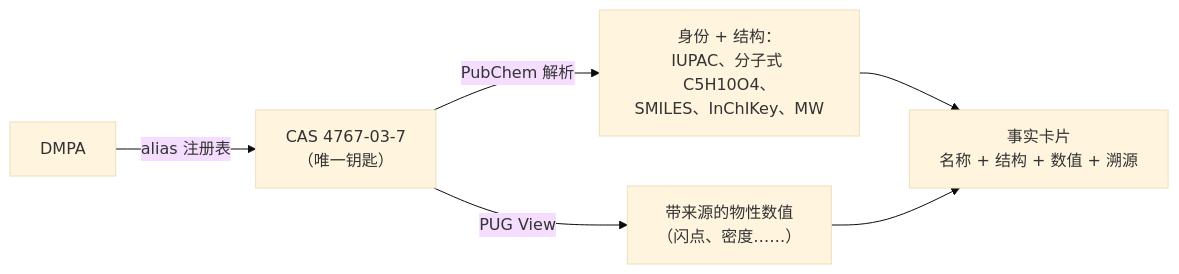
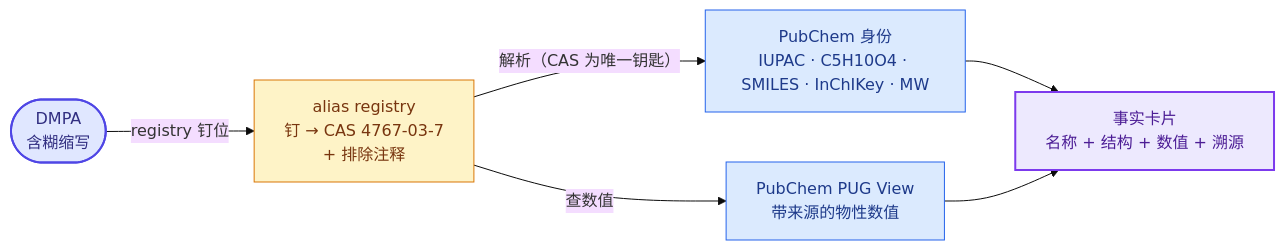
One commit to CL4Y68/chemfacts changed the second of 4 diagrams in README_zh.md. Above: the diagram before and after it, drawn with Mermaid (base theme). The commit also changed other lines of this file and 1 other file, not shown here.

First line of the commit message:
beautify README diagrams: semantic color palette + node shapes + grouping

````diff
--- a/README_zh.md
+++ b/README_zh.md
@@ -58,8 +79,24 @@
 ```mermaid
 flowchart LR
-    A["DMPA"] -->|alias 注册表| B["CAS 4767-03-7<br/>（唯一钥匙）"]
-    B -->|PubChem 解析| C["身份 + 结构：<br/>IUPAC、分子式 C5H10O4、<br/>SMILES、InChIKey、MW"]
-    B -->|PUG View| D["带来源的物性数值<br/>（闪点、密度……）"]
-    C --> E["事实卡片<br/>名称 + 结构 + 数值 + 溯源"]
+    A(["DMPA<br/>含糊缩写"]):::io
+    B["alias registry<br/>钉 → CAS 4767-03-7<br/>+ 排除注释"]:::decide
+    C["PubChem 身份<br/>IUPAC · C5H10O4 · SMILES · InChIKey · MW"]:::proc
+    D["PubChem PUG View<br/>带来源的物性数值"]:::proc
+    E["事实卡片<br/>名称 + 结构 + 数值 + 溯源"]:::card
+
+    A -- "registry 钉位" --> B
+    B -- "解析（CAS 为唯一钥匙）" --> C
+    B -- "查数值" --> D
+    C --> E
     D --> E
+    classDef io      fill:#e0e7ff,stroke:#4f46e5,stroke-width:2px,color:#312e81
+    classDef proc    fill:#dbeafe,stroke:#2563eb,color:#1e3a8a
+    classDef decide  fill:#fef3c7,stroke:#d97706,color:#78350f
+    classDef store   fill:#d1fae5,stroke:#059669,color:#064e3b
+    classDef ok      fill:#bbf7d0,stroke:#16a34a,stroke-width:2px,color:#14532d
+    classDef warn    fill:#fecaca,stroke:#dc2626,stroke-width:2px,color:#7f1d1d
+    classDef plain   fill:#e2e8f0,stroke:#64748b,color:#334155
+    classDef card   fill:#ede9fe,stroke:#7c3aed,stroke-width:2px,color:#4c1d95
+    classDef mcp    fill:#cffafe,stroke:#0891b2,color:#164e63
+    classDef ext    fill:#f8fafc,stroke:#94a3b8,stroke-dasharray:5 4,color:#475569
 ```
````
